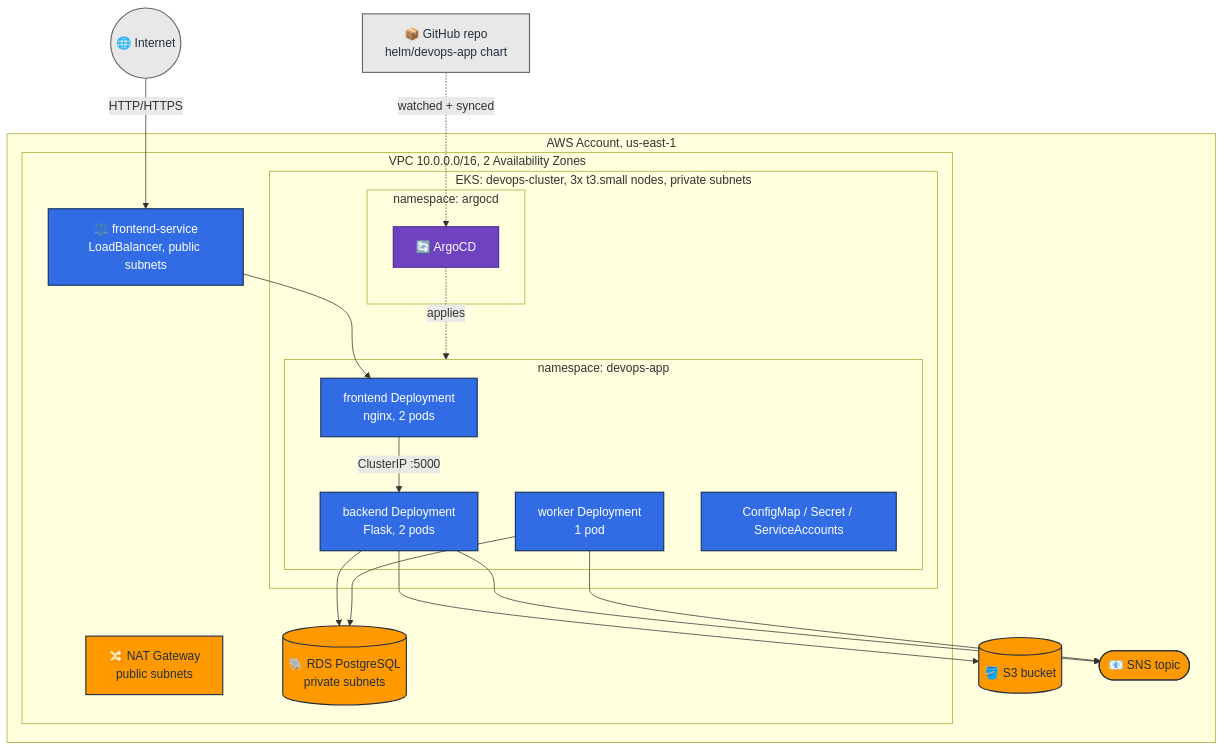
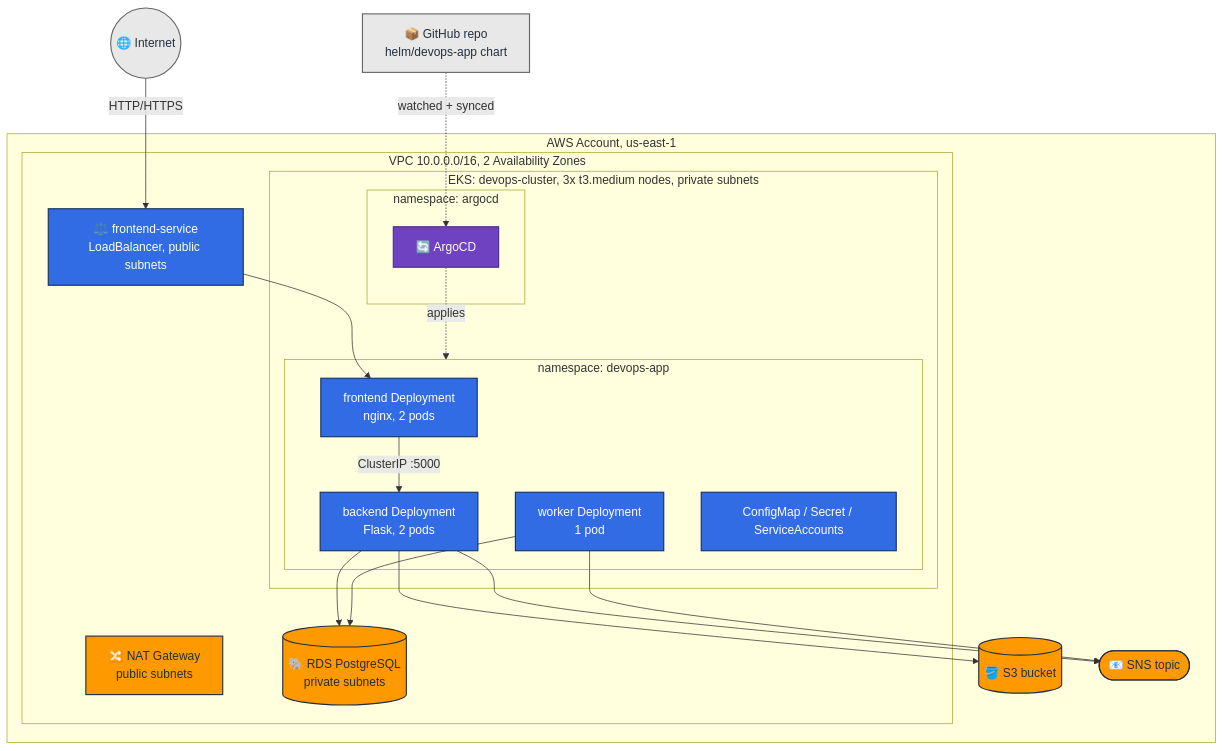
One commit to MaxTsyganov/Running_Devops_Project changed the diagram in README.md. Above: the diagram before and after it, drawn with Mermaid. The commit also changed other lines of this file and 2 other files, not shown here.

First line of the commit message:
fix: retire ArgoCD for Jenkins CD, bump nodes to t3.medium

````diff
--- a/README.md
+++ b/README.md
@@ -47,50 +47,50 @@
 ```mermaid
 flowchart TB
     Internet(("🌐 Internet"))
     GH["📦 GitHub repo<br/>helm/devops-app chart"]
 
     subgraph AWS["AWS Account, us-east-1"]
         subgraph VPC["VPC 10.0.0.0/16, 2 Availability Zones"]
             LB["⚖️ frontend-service<br/>LoadBalancer, public subnets"]
             NAT["🔀 NAT Gateway<br/>public subnets"]
 
-            subgraph EKS["EKS: devops-cluster, 3x t3.small nodes, private subnets"]
+            subgraph EKS["EKS: devops-cluster, 3x t3.medium nodes, private subnets"]
                 subgraph NsArgo["namespace: argocd"]
                     ArgoCD["🔄 ArgoCD"]
                 end
                 subgraph NsApp["namespace: devops-app"]
                     FE["frontend Deployment<br/>nginx, 2 pods"]
                     BE["backend Deployment<br/>Flask, 2 pods"]
                     WK["worker Deployment<br/>1 pod"]
                     CFG["ConfigMap / Secret / ServiceAccounts"]
                 end
             end
 
             RDS[("🐘 RDS PostgreSQL<br/>private subnets")]
         end
 
         S3[("🪣 S3 bucket")]
         SNS(["📧 SNS topic"])
     end
 
     Internet -- HTTP/HTTPS --> LB
     LB --> FE
     FE -- "ClusterIP :5000" --> BE
     BE --> RDS
     BE --> S3
     BE --> SNS
     WK --> RDS
     WK --> SNS
     GH -. watched + synced .-> ArgoCD
     ArgoCD -. applies .-> NsApp
 
     classDef aws fill:#FF9900,stroke:#232F3E,color:#232F3E,stroke-width:1.5px
     classDef k8s fill:#326CE5,stroke:#16305e,color:#ffffff,stroke-width:1.5px
     classDef tooling fill:#6f42c1,stroke:#4c2d8a,color:#ffffff,stroke-width:1.5px
     classDef external fill:#e8e8e8,stroke:#666666,color:#232F3E,stroke-width:1.5px
 
     class RDS,S3,SNS,NAT aws
     class FE,BE,WK,CFG,LB k8s
     class ArgoCD tooling
     class Internet,GH external
 ```
````
